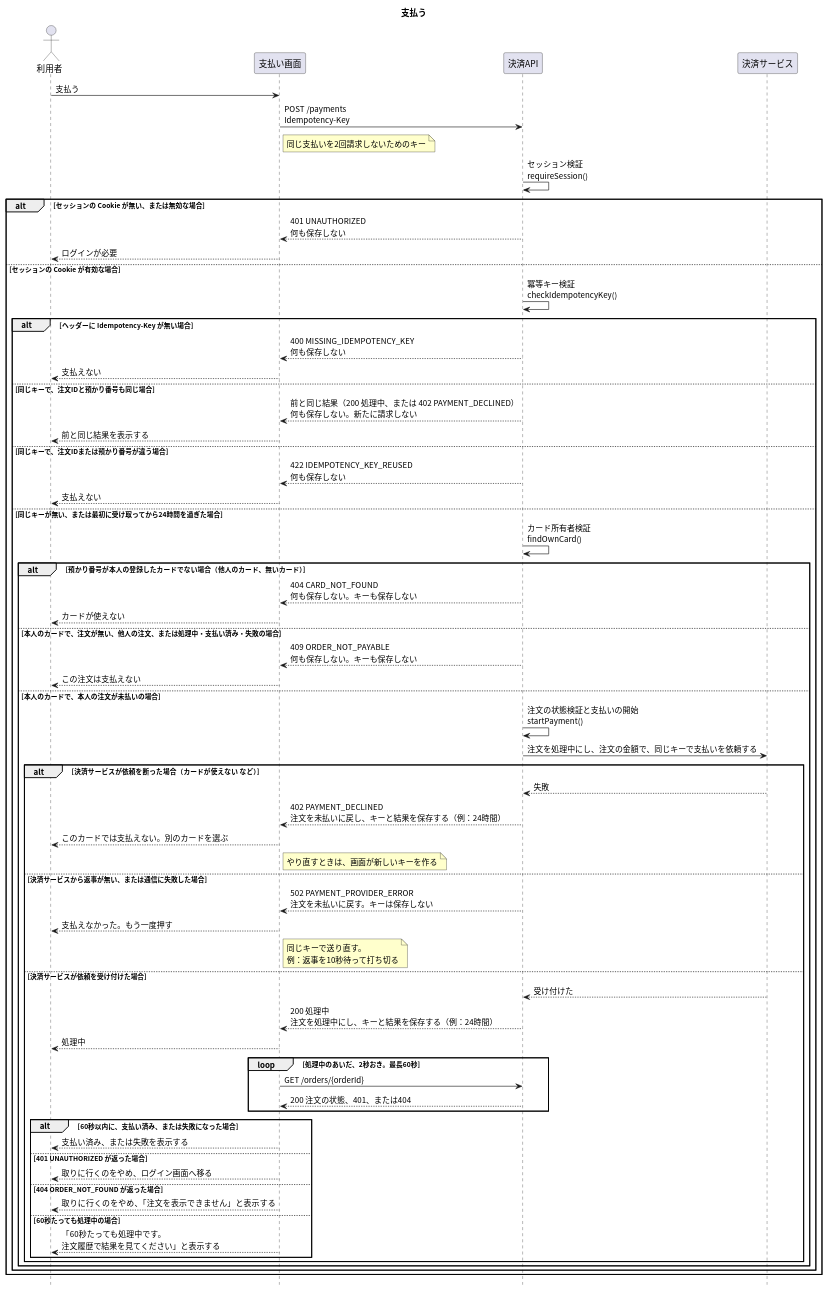
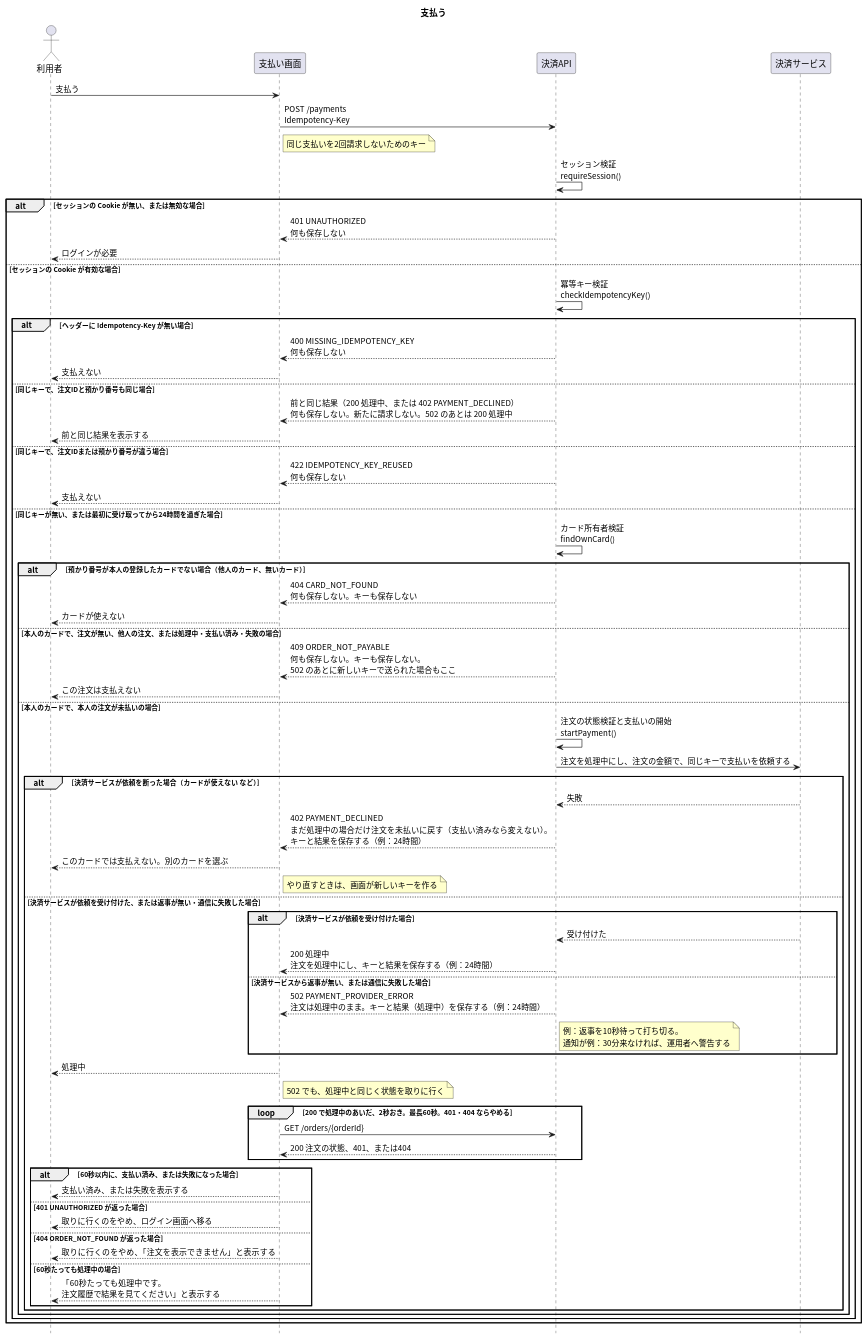
The diagram in apis/create-payment/入口.puml (masamasamasato/design-doc-template), drawn with PlantUML before and after one commit. The commit also changed 17 other files, not shown here.

```diff
--- a/apis/create-payment/入口.puml
+++ b/apis/create-payment/入口.puml
@@ -1,74 +1,76 @@
 @startuml
 skinparam shadowing false
 skinparam defaultFontName "Noto Sans CJK JP"
 skinparam SequenceFontName "Noto Sans CJK JP"
 skinparam NoteBackgroundColor #FFFFCC
 hide footbox
 
 title 支払う
 
 actor "利用者" as User
 participant "支払い画面" as Screen
 participant "決済API" as API
 participant "決済サービス" as PSP
 
 User -> Screen : 支払う
 Screen -> API : POST /payments\nIdempotency-Key
 note right of Screen : 同じ支払いを2回請求しないためのキー
 API -> API : セッション検証\nrequireSession()
 alt セッションの Cookie が無い、または無効な場合
   API --> Screen : 401 UNAUTHORIZED\n何も保存しない
   Screen --> User : ログインが必要
 else セッションの Cookie が有効な場合
   API -> API : 冪等キー検証\ncheckIdempotencyKey()
   alt ヘッダーに Idempotency-Key が無い場合
     API --> Screen : 400 MISSING_IDEMPOTENCY_KEY\n何も保存しない
     Screen --> User : 支払えない
   else 同じキーで、注文IDと預かり番号も同じ場合
-    API --> Screen : 前と同じ結果（200 処理中、または 402 PAYMENT_DECLINED）\n何も保存しない。新たに請求しない
+    API --> Screen : 前と同じ結果（200 処理中、または 402 PAYMENT_DECLINED）\n何も保存しない。新たに請求しない。502 のあとは 200 処理中
     Screen --> User : 前と同じ結果を表示する
   else 同じキーで、注文IDまたは預かり番号が違う場合
     API --> Screen : 422 IDEMPOTENCY_KEY_REUSED\n何も保存しない
     Screen --> User : 支払えない
   else 同じキーが無い、または最初に受け取ってから24時間を過ぎた場合
     API -> API : カード所有者検証\nfindOwnCard()
     alt 預かり番号が本人の登録したカードでない場合（他人のカード、無いカード）
       API --> Screen : 404 CARD_NOT_FOUND\n何も保存しない。キーも保存しない
       Screen --> User : カードが使えない
     else 本人のカードで、注文が無い、他人の注文、または処理中・支払い済み・失敗の場合
-      API --> Screen : 409 ORDER_NOT_PAYABLE\n何も保存しない。キーも保存しない
+      API --> Screen : 409 ORDER_NOT_PAYABLE\n何も保存しない。キーも保存しない。\n502 のあとに新しいキーで送られた場合もここ
       Screen --> User : この注文は支払えない
     else 本人のカードで、本人の注文が未払いの場合
       API -> API : 注文の状態検証と支払いの開始\nstartPayment()
       API -> PSP : 注文を処理中にし、注文の金額で、同じキーで支払いを依頼する
       alt 決済サービスが依頼を断った場合（カードが使えない など）
         PSP --> API : 失敗
-        API --> Screen : 402 PAYMENT_DECLINED\n注文を未払いに戻し、キーと結果を保存する（例：24時間）
+        API --> Screen : 402 PAYMENT_DECLINED\nまだ処理中の場合だけ注文を未払いに戻す（支払い済みなら変えない）。\nキーと結果を保存する（例：24時間）
         Screen --> User : このカードでは支払えない。別のカードを選ぶ
         note right of Screen : やり直すときは、画面が新しいキーを作る
-      else 決済サービスから返事が無い、または通信に失敗した場合
-        API --> Screen : 502 PAYMENT_PROVIDER_ERROR\n注文を未払いに戻す。キーは保存しない
-        Screen --> User : 支払えなかった。もう一度押す
-        note right of Screen : 同じキーで送り直す。\n例：返事を10秒待って打ち切る
-      else 決済サービスが依頼を受け付けた場合
-        PSP --> API : 受け付けた
-        API --> Screen : 200 処理中\n注文を処理中にし、キーと結果を保存する（例：24時間）
+      else 決済サービスが依頼を受け付けた、または返事が無い・通信に失敗した場合
+        alt 決済サービスが依頼を受け付けた場合
+          PSP --> API : 受け付けた
+          API --> Screen : 200 処理中\n注文を処理中にし、キーと結果を保存する（例：24時間）
+        else 決済サービスから返事が無い、または通信に失敗した場合
+          API --> Screen : 502 PAYMENT_PROVIDER_ERROR\n注文は処理中のまま。キーと結果（処理中）を保存する（例：24時間）
+          note right of API : 例：返事を10秒待って打ち切る。\n通知が例：30分来なければ、運用者へ警告する
+        end
         Screen --> User : 処理中
-        loop 処理中のあいだ、2秒おき。最長60秒
+        note right of Screen : 502 でも、処理中と同じく状態を取りに行く
+        loop 200 で処理中のあいだ、2秒おき。最長60秒。401・404 ならやめる
           Screen -> API : GET /orders/{orderId}
           API --> Screen : 200 注文の状態、401、または404
         end
         alt 60秒以内に、支払い済み、または失敗になった場合
           Screen --> User : 支払い済み、または失敗を表示する
         else 401 UNAUTHORIZED が返った場合
           Screen --> User : 取りに行くのをやめ、ログイン画面へ移る
         else 404 ORDER_NOT_FOUND が返った場合
           Screen --> User : 取りに行くのをやめ、「注文を表示できません」と表示する
         else 60秒たっても処理中の場合
           Screen --> User : 「60秒たっても処理中です。\n注文履歴で結果を見てください」と表示する
         end
       end
     end
   end
 end
 @enduml
```
